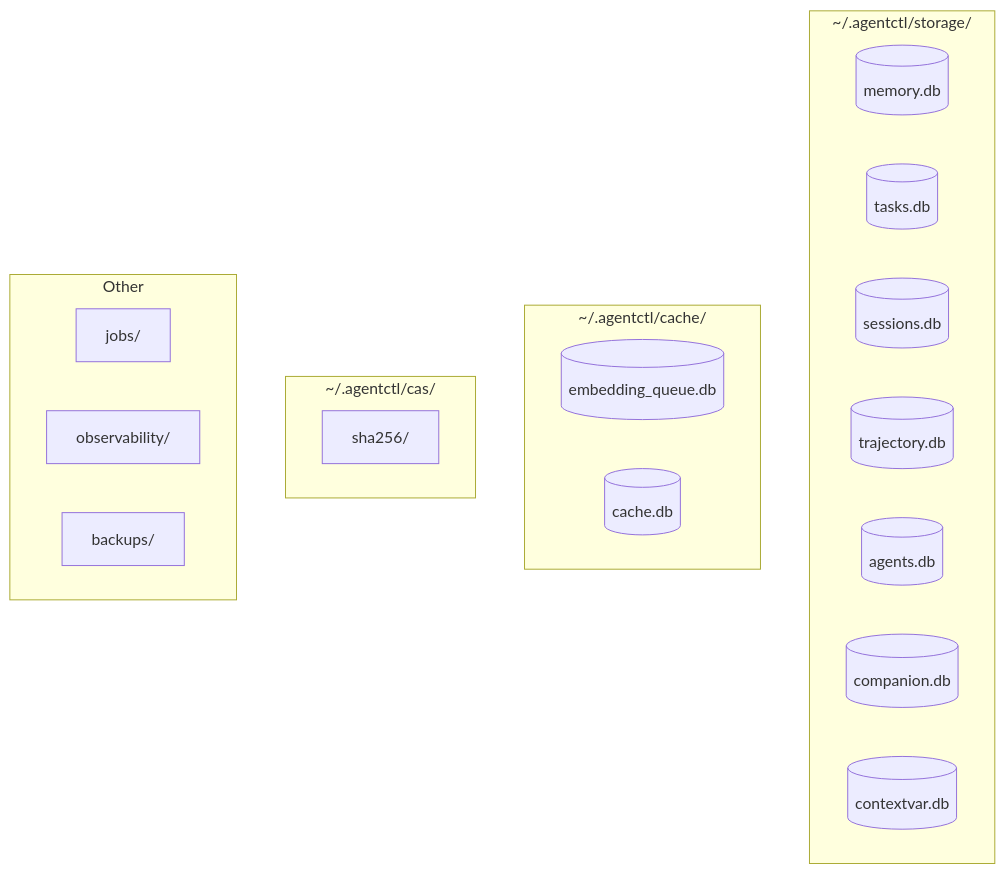
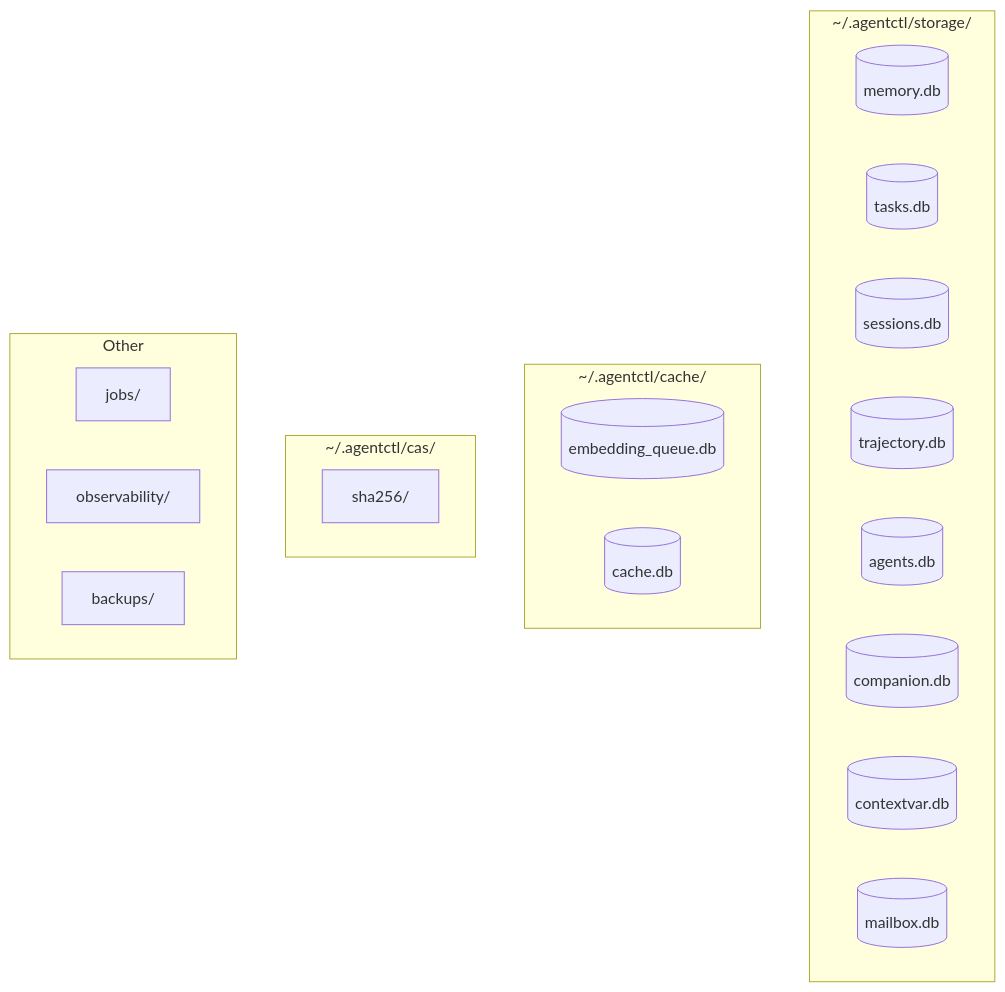
The diagram in docs/general/storage.md (joshka0/foxctl), drawn with Mermaid before and after one commit. The commit also changed other lines of this file and 108 other files, not shown here.

````diff
--- a/docs/general/storage.md
+++ b/docs/general/storage.md
@@ -9,27 +9,28 @@
 ```mermaid
 flowchart TD
     subgraph Storage["~/.agentctl/storage/"]
         MEM[(memory.db)]
         TASK[(tasks.db)]
         SESS[(sessions.db)]
         TRAJ[(trajectory.db)]
         AGENT[(agents.db)]
         COMP[(companion.db)]
         CTXVAR[(contextvar.db)]
+        MBOX[(mailbox.db)]
     end
 
     subgraph Cache["~/.agentctl/cache/"]
         EMB[(embedding_queue.db)]
         CACHE[(cache.db)]
     end
 
     subgraph CAS["~/.agentctl/cas/"]
         SHA[sha256/]
     end
 
     subgraph Other
         JOBS[jobs/]
         OBS[observability/]
         BACK[backups/]
     end
 ```
````
